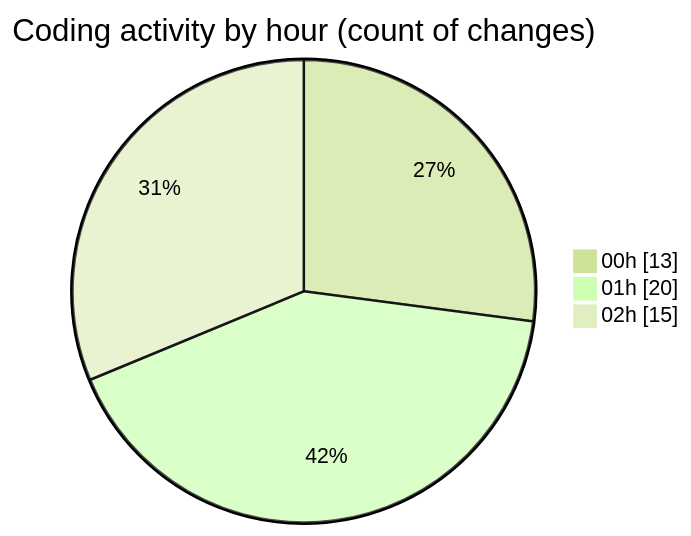
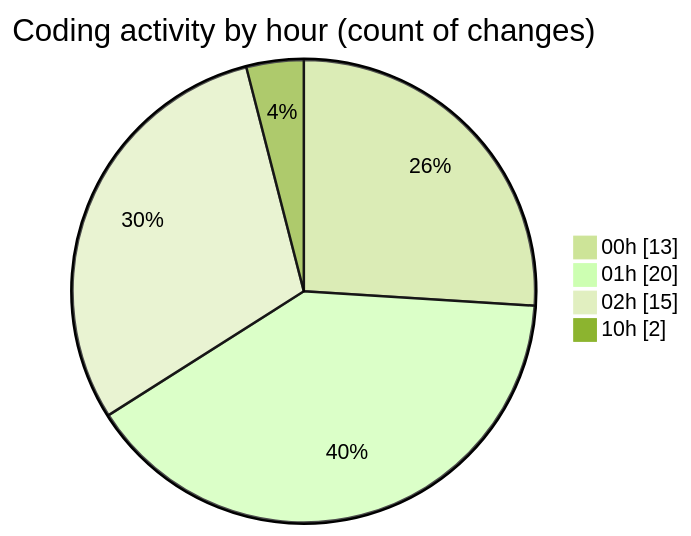
One commit to lephambinh05/code-tracking changed the second of 2 diagrams in 2025-09-09/hiai-phf/README.md. Above: the diagram before and after it, drawn with Mermaid (forest theme). The commit also changed other lines of this file and 1 other file, not shown here.

````diff
--- a/2025-09-09/hiai-phf/README.md
+++ b/2025-09-09/hiai-phf/README.md
@@ -48,7 +49,8 @@
 ```mermaid
 pie showData
 title Coding activity by hour (count of changes)
 "00h" : 13
 "01h" : 20
 "02h" : 15
+"10h" : 2
 ```
````
